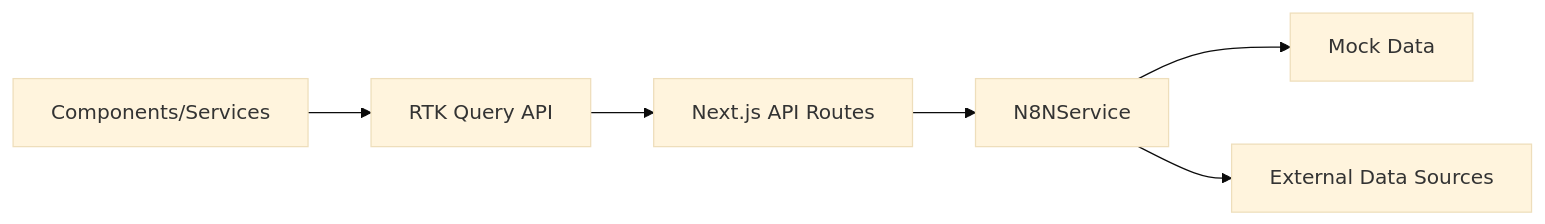
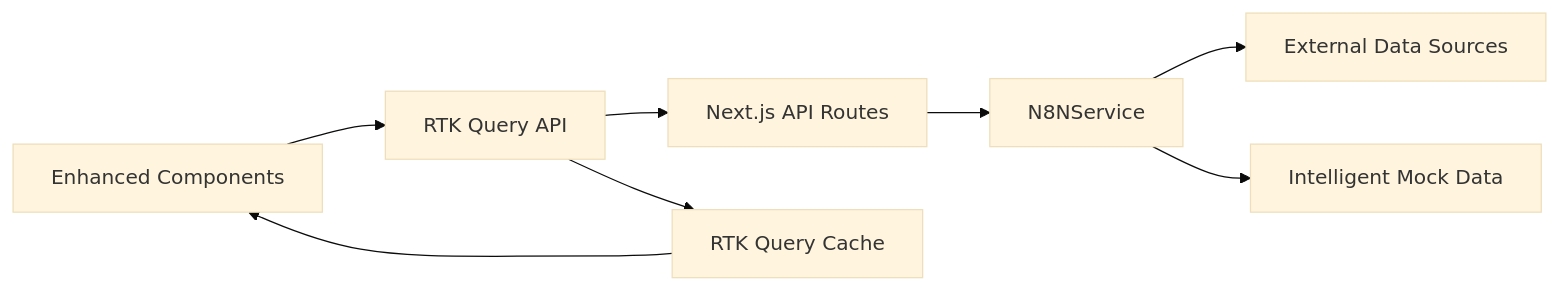
The eighth of 9 diagrams in .qoder/repowiki/en/content/Core Features/Reports and Analytics.md (cacamarica/dashboard-ai), drawn with Mermaid (base theme) before and after one commit. The commit also changed other lines of this file and 14 other files, not shown here.

````diff
--- a/.qoder/repowiki/en/content/Core Features/Reports and Analytics.md
+++ b/.qoder/repowiki/en/content/Core Features/Reports and Analytics.md
@@ -342,8 +369,10 @@
 ```mermaid
 graph LR
-UI["Components/Services"] --> RTK["RTK Query API"]
+UI["Enhanced Components"] --> RTK["RTK Query API"]
 RTK --> API["Next.js API Routes"]
 API --> NS["N8NService"]
-NS --> Mock["Mock Data"]
-NS --> Real["External Data Sources"]
+NS --> Webhook["External Data Sources"]
+NS --> Mock["Intelligent Mock Data"]
+RTK --> Cache["RTK Query Cache"]
+Cache --> UI
 ```
````
